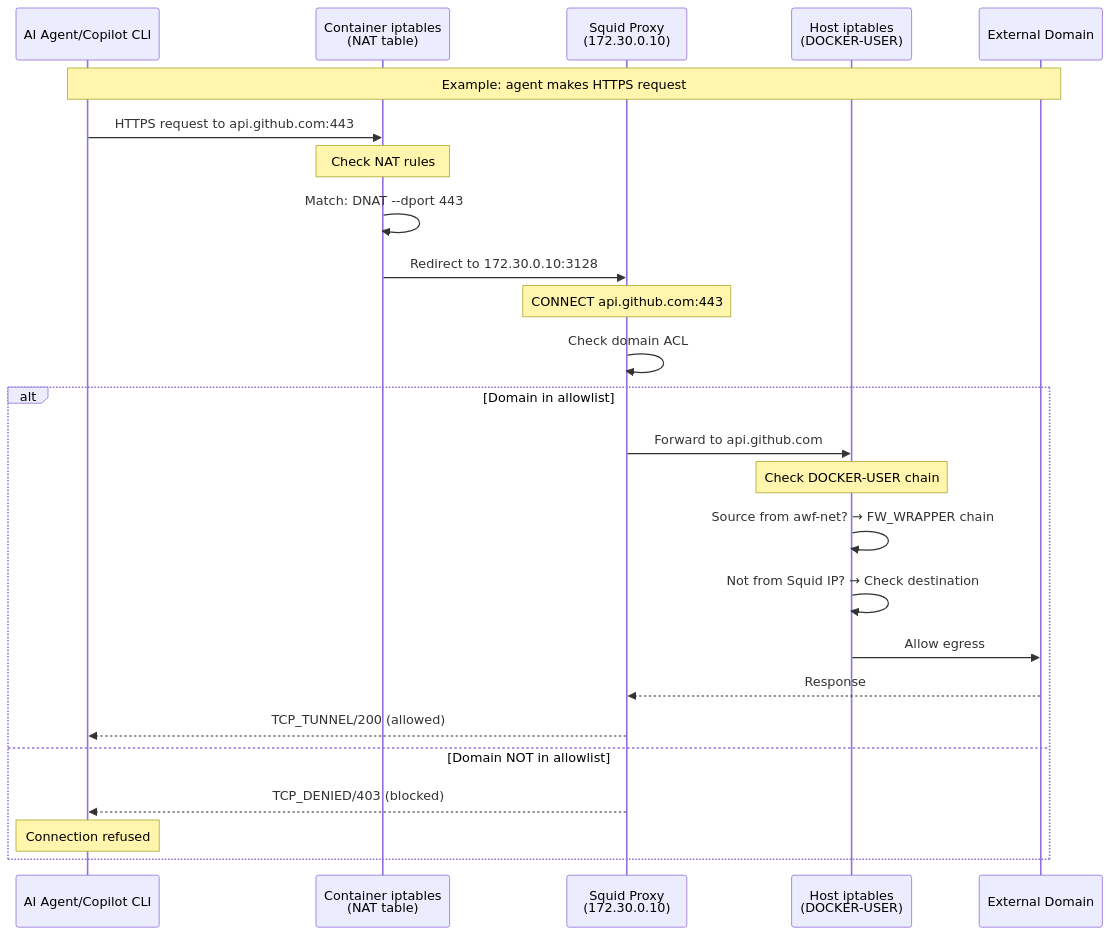
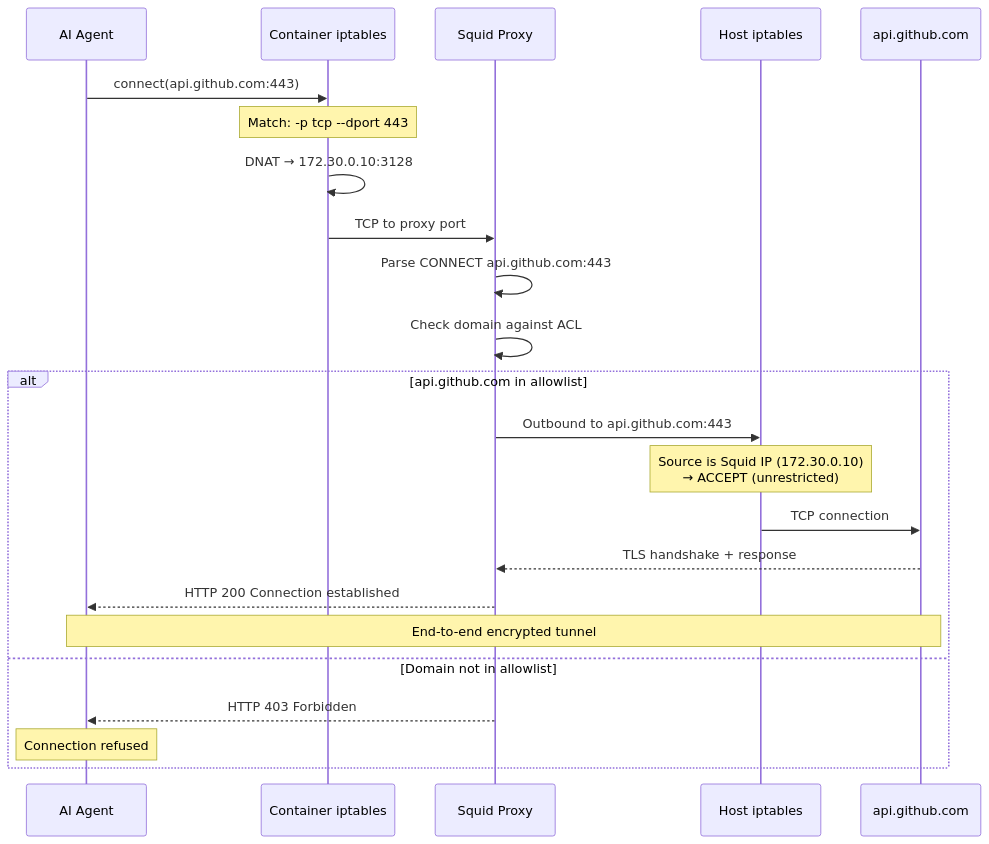
The second of 2 diagrams in docs-site/src/content/docs/reference/security-architecture.md (githubnext/gh-aw-firewall), drawn with Mermaid before and after one commit. The commit also changed other lines of this file, not shown here.

Commit message:
docs: update security architecture documentation

````diff
--- a/docs-site/src/content/docs/reference/security-architecture.md
+++ b/docs-site/src/content/docs/reference/security-architecture.md
@@ -133,31 +106,28 @@
 ```mermaid
 sequenceDiagram
-    participant Agent as AI Agent/Copilot CLI
-    participant CIptables as Container iptables<br/>(NAT table)
-    participant Squid as Squid Proxy<br/>(172.30.0.10)
-    participant HIPtables as Host iptables<br/>(DOCKER-USER)
-    participant Internet as External Domain
-    
-    Note over Agent,Internet: Example: agent makes HTTPS request
-    
-    Agent->>CIptables: HTTPS request to api.github.com:443
-    Note over CIptables: Check NAT rules
-    CIptables->>CIptables: Match: DNAT --dport 443
-    CIptables->>Squid: Redirect to 172.30.0.10:3128
-    
-    Note over Squid: CONNECT api.github.com:443
-    Squid->>Squid: Check domain ACL
-    
-    alt Domain in allowlist
-        Squid->>HIPtables: Forward to api.github.com
-        Note over HIPtables: Check DOCKER-USER chain
-        HIPtables->>HIPtables: Source from awf-net? → FW_WRAPPER chain
-        HIPtables->>HIPtables: Not from Squid IP? → Check destination
-        HIPtables->>Internet: Allow egress
-        Internet-->>Squid: Response
-        Squid-->>Agent: TCP_TUNNEL/200 (allowed)
-    else Domain NOT in allowlist
-        Squid-->>Agent: TCP_DENIED/403 (blocked)
+    participant Agent as AI Agent
+    participant NAT as Container iptables
+    participant Squid as Squid Proxy
+    participant Host as Host iptables
+    participant Net as api.github.com
+
+    Agent->>NAT: connect(api.github.com:443)
+    Note over NAT: Match: -p tcp --dport 443
+    NAT->>NAT: DNAT → 172.30.0.10:3128
+    NAT->>Squid: TCP to proxy port
+
+    Squid->>Squid: Parse CONNECT api.github.com:443
+    Squid->>Squid: Check domain against ACL
+
+    alt api.github.com in allowlist
+        Squid->>Host: Outbound to api.github.com:443
+        Note over Host: Source is Squid IP (172.30.0.10)<br/>→ ACCEPT (unrestricted)
+        Host->>Net: TCP connection
+        Net-->>Squid: TLS handshake + response
+        Squid-->>Agent: HTTP 200 Connection established
+        Note over Agent,Net: End-to-end encrypted tunnel
+    else Domain not in allowlist
+        Squid-->>Agent: HTTP 403 Forbidden
         Note over Agent: Connection refused
     end
 ```
````
